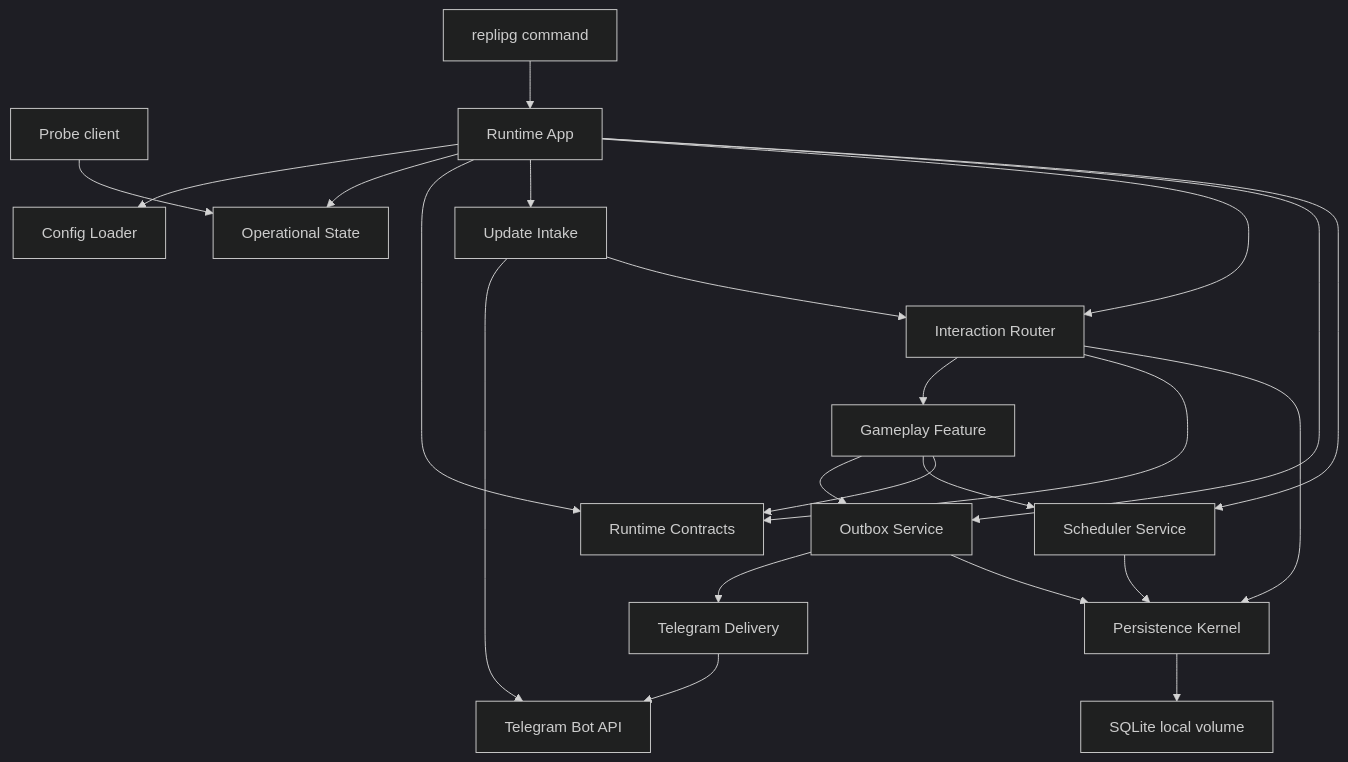
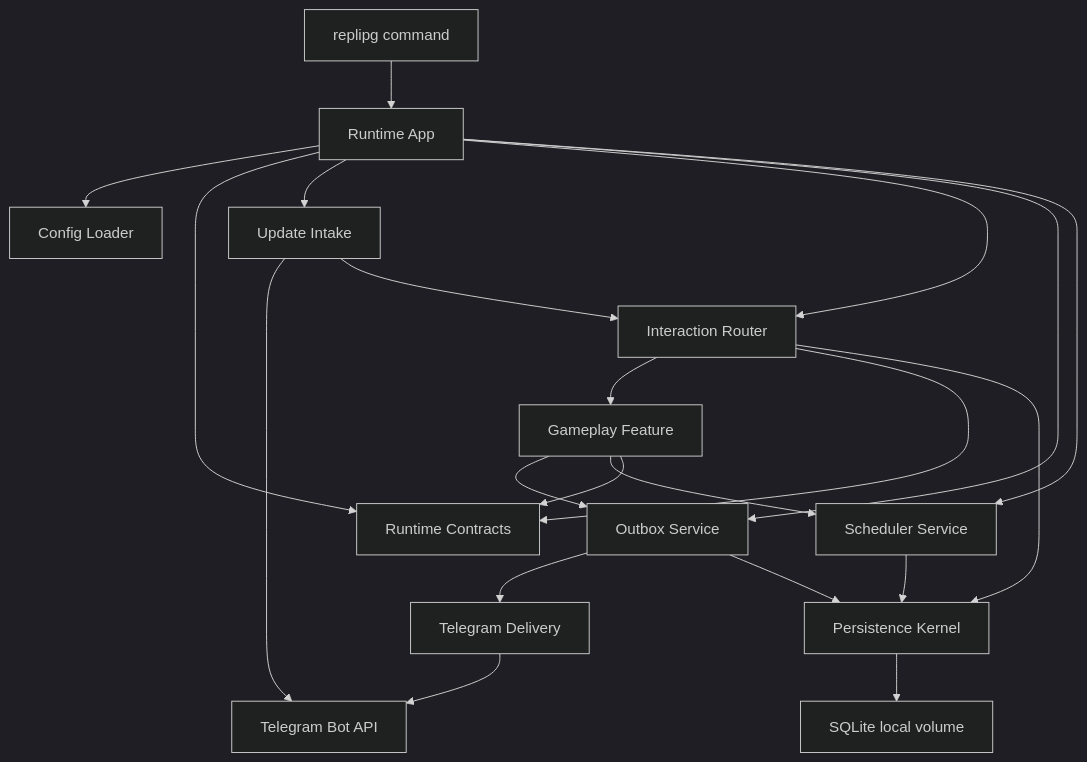
One commit to alexthvest/replipg changed the first of 7 diagrams in .kiro/specs/telegram-runtime/design.md. Above: the diagram before and after it, drawn with Mermaid (dark theme). The commit also changed other lines of this file and 38 other files, not shown here.

````diff
--- a/.kiro/specs/telegram-runtime/design.md
+++ b/.kiro/specs/telegram-runtime/design.md
@@ -77,41 +77,37 @@
 ```mermaid
 graph TB
     TelegramAPI[Telegram Bot API]
-    ProbeClient[Probe client]
     Cmd[replipg command]
     App[Runtime App]
     Config[Config Loader]
-    Health[Operational State]
     Contracts[Runtime Contracts]
     Intake[Update Intake]
     Router[Interaction Router]
     Feature[Gameplay Feature]
     Delivery[Telegram Delivery]
     Outbox[Outbox Service]
     Scheduler[Scheduler Service]
     Persistence[Persistence Kernel]
     SQLite[SQLite local volume]
 
     Cmd --> App
     App --> Config
-    App --> Health
     App --> Contracts
     App --> Intake
     App --> Router
     App --> Outbox
     App --> Scheduler
     Intake --> TelegramAPI
     Intake --> Router
     Router --> Feature
     Router --> Contracts
     Router --> Persistence
     Feature --> Outbox
     Feature --> Scheduler
     Feature --> Contracts
     Outbox --> Delivery
     Delivery --> TelegramAPI
     Outbox --> Persistence
     Scheduler --> Persistence
     Persistence --> SQLite
-    ProbeClient --> Health
 ```
````
